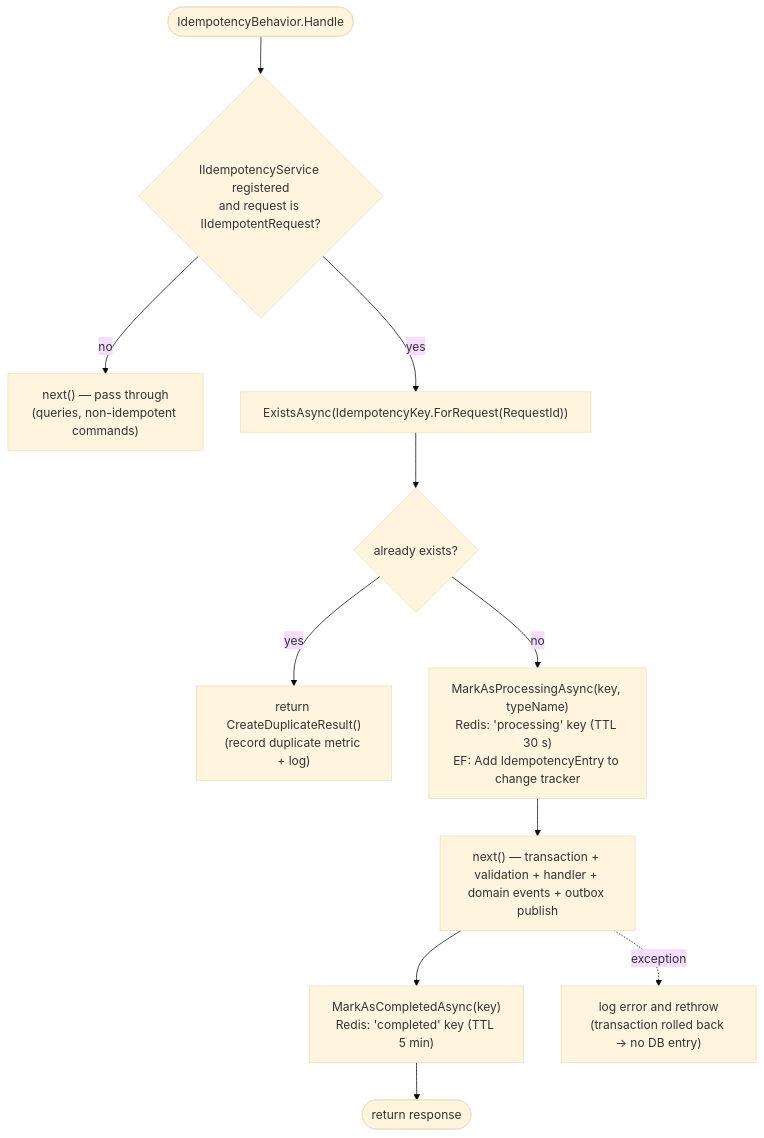
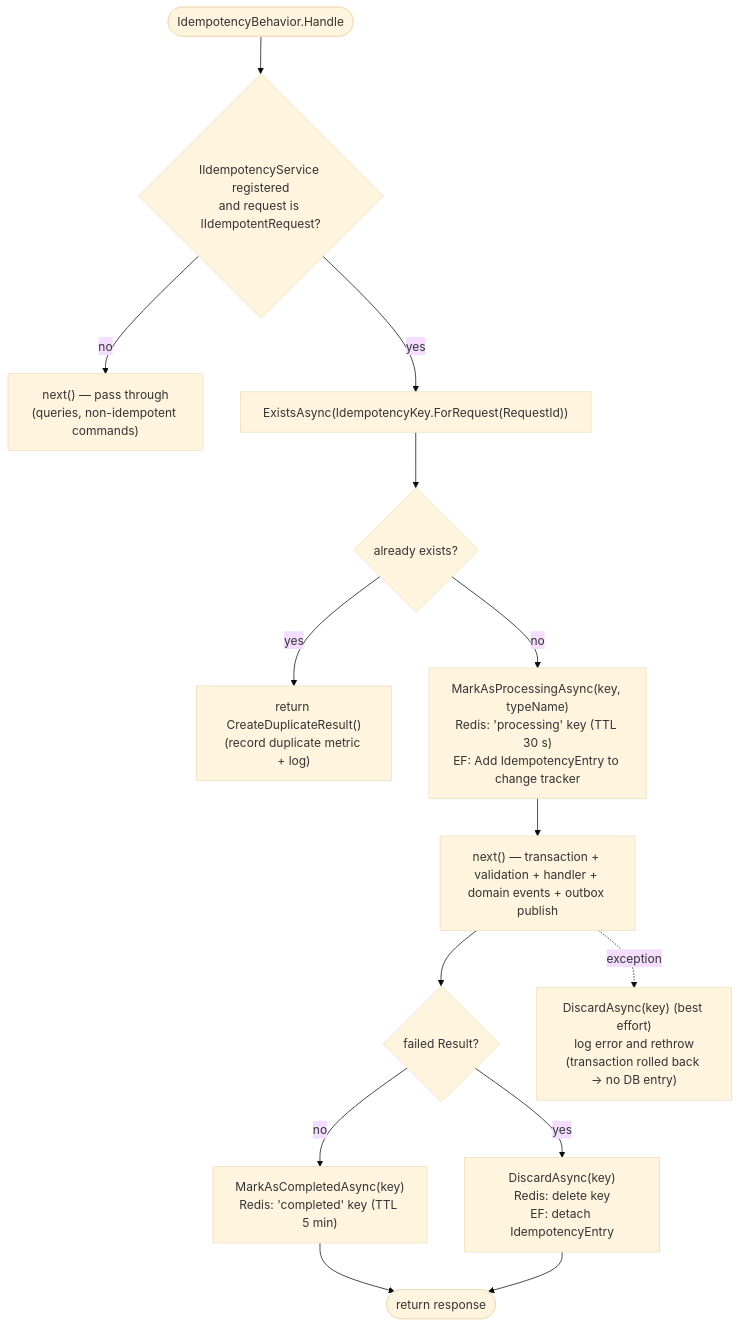
The second of 5 diagrams in docs/architecture/04-idempotency.md (miquelalcaraz/Labs.ServicePlatform), drawn with Mermaid (base theme) before and after one commit. The commit also changed other lines of this file and 55 other files, not shown here.

First line of the commit message:
fix: roll back failed Result commands, discard idempotency keys and update dependencies (#12)

````diff
--- a/docs/architecture/04-idempotency.md
+++ b/docs/architecture/04-idempotency.md
@@ -109,13 +111,16 @@
 ```mermaid
 flowchart TB
     S([IdempotencyBehavior.Handle]) --> A{"IIdempotencyService registered<br/>and request is IIdempotentRequest?"}
     A -- no --> P["next() — pass through<br/>(queries, non-idempotent commands)"]
     A -- yes --> B["ExistsAsync(IdempotencyKey.ForRequest(RequestId))"]
     B --> C{"already exists?"}
     C -- yes --> D["return CreateDuplicateResult()<br/>(record duplicate metric + log)"]
     C -- no --> E["MarkAsProcessingAsync(key, typeName)<br/>Redis: 'processing' key (TTL 30 s)<br/>EF: Add IdempotencyEntry to change tracker"]
     E --> F["next() — transaction + validation + handler + domain events + outbox publish"]
-    F --> G["MarkAsCompletedAsync(key)<br/>Redis: 'completed' key (TTL 5 min)"]
+    F --> FR{"failed Result?"}
+    FR -- no --> G["MarkAsCompletedAsync(key)<br/>Redis: 'completed' key (TTL 5 min)"]
+    FR -- yes --> DS["DiscardAsync(key)<br/>Redis: delete key<br/>EF: detach IdempotencyEntry"]
     G --> R([return response])
-    F -. exception .-> X["log error and rethrow<br/>(transaction rolled back → no DB entry)"]
+    DS --> R
+    F -. exception .-> X["DiscardAsync(key) (best effort)<br/>log error and rethrow<br/>(transaction rolled back → no DB entry)"]
 ```
````
